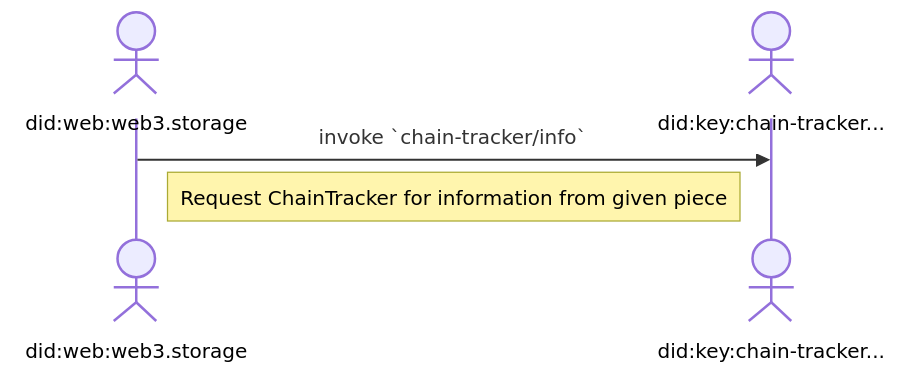
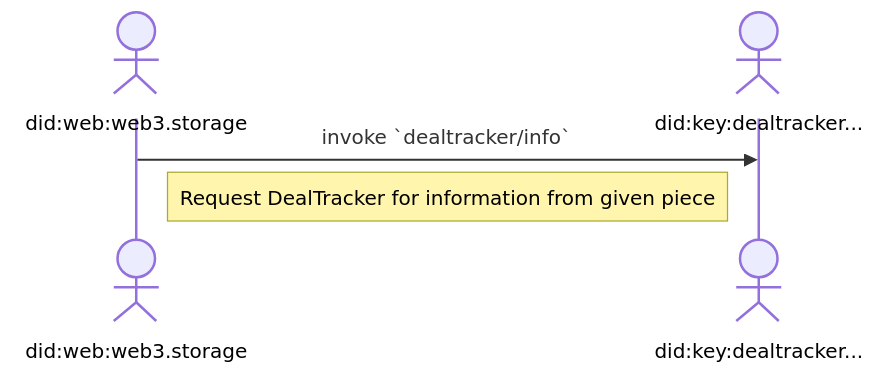
One commit to storacha/specs changed the fourth of 4 diagrams in w3-filecoin.md. Above: the diagram before and after it, drawn with Mermaid. The commit also changed other lines of this file and 1 other file, not shown here.

````diff
--- a/w3-filecoin.md
+++ b/w3-filecoin.md
@@ -151,8 +183,8 @@
 ```mermaid
 sequenceDiagram
     actor Storefront as <br/><br/>did:web:web3.storage
-    actor ChainTracker as <br/><br/>did:key:chain-tracker...
+    actor DealTracker as <br/><br/>did:key:dealtracker...
 
-    Storefront->>ChainTracker: invoke `chain-tracker/info`
-    Note left of ChainTracker: Request ChainTracker for information from given piece
+    Storefront->>DealTracker: invoke `dealtracker/info`
+    Note left of DealTracker: Request DealTracker for information from given piece
 ```
````
